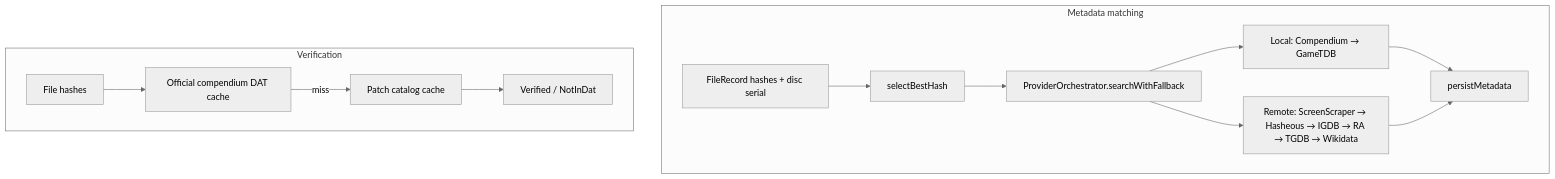
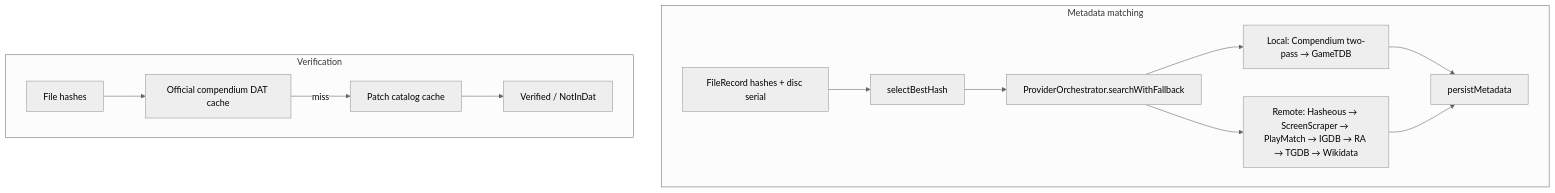
The diagram in docs/reports/ROM-MATCHING-AUDIT.md (asafelobotomy/remus), drawn with Mermaid (neutral theme) before and after one commit. The commit also changed other lines of this file and 39 other files, not shown here.

````diff
--- a/docs/reports/ROM-MATCHING-AUDIT.md
+++ b/docs/reports/ROM-MATCHING-AUDIT.md
@@ -37,17 +38,17 @@
 ```mermaid
 flowchart TD
     subgraph meta [Metadata matching]
         A[FileRecord hashes + disc serial] --> B[selectBestHash]
         B --> C[ProviderOrchestrator.searchWithFallback]
-        C --> D[Local: Compendium → GameTDB]
-        C --> E[Remote: ScreenScraper → Hasheous → IGDB → RA → TGDB → Wikidata]
+        C --> D[Local: Compendium two-pass → GameTDB]
+        C --> E[Remote: Hasheous → ScreenScraper → PlayMatch → IGDB → RA → TGDB → Wikidata]
         D --> F[persistMetadata]
         E --> F
     end
 
     subgraph verify [Verification]
         G[File hashes] --> H[Official compendium DAT cache]
         H -->|miss| I[Patch catalog cache]
         I --> J[Verified / NotInDat]
     end
 ```
````
